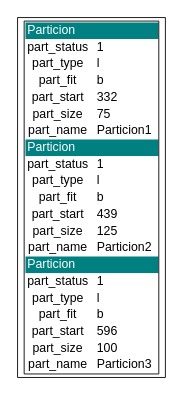
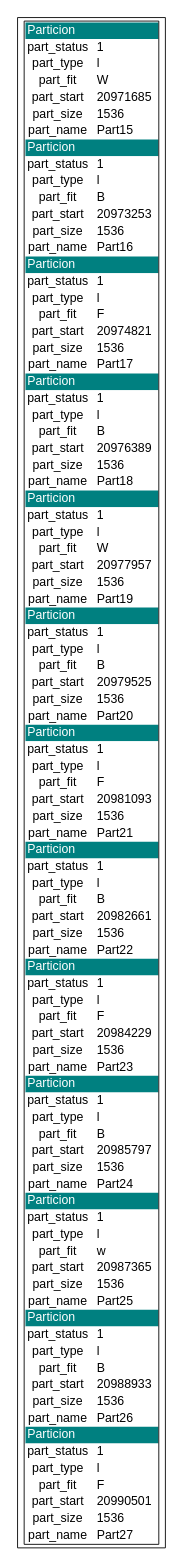
The diagram in reportes/reporte_ebr.dot (luis-tavico/MIA_2SP1_202000562), drawn with Graphviz before and after one commit. The commit also changed 50 other files, not shown here.

```diff
--- a/reportes/reporte_ebr.dot
+++ b/reportes/reporte_ebr.dot
@@ -16,19 +16,19 @@
         </tr>
         <tr>
             <td bgcolor="white" align="center"> part_fit </td>
-            <td bgcolor="white" align="left"> b </td>
+            <td bgcolor="white" align="left"> W </td>
         </tr>
         <tr>
             <td bgcolor="white" align="center"> part_start </td>
-            <td bgcolor="white" align="left"> 332 </td>
+            <td bgcolor="white" align="left"> 20971685 </td>
         </tr>
         <tr>
             <td bgcolor="white" align="center"> part_size </td>
-            <td bgcolor="white" align="left"> 75 </td>
+            <td bgcolor="white" align="left"> 1536 </td>
         </tr>
         <tr>
             <td bgcolor="white" align="center"> part_name </td>
-            <td bgcolor="white" align="left"> Particion1 </td>
+            <td bgcolor="white" align="left"> Part15 </td>
         </tr>
         <tr>
             <td bgcolor="teal" align="left"><font color="white"> Particion </font></td>
@@ -44,19 +44,19 @@
         </tr>
         <tr>
             <td bgcolor="white" align="center"> part_fit </td>
-            <td bgcolor="white" align="left"> b </td>
+            <td bgcolor="white" align="left"> B </td>
         </tr>
         <tr>
             <td bgcolor="white" align="center"> part_start </td>
-            <td bgcolor="white" align="left"> 439 </td>
+            <td bgcolor="white" align="left"> 20973253 </td>
         </tr>
         <tr>
             <td bgcolor="white" align="center"> part_size </td>
-            <td bgcolor="white" align="left"> 125 </td>
+            <td bgcolor="white" align="left"> 1536 </td>
         </tr>
         <tr>
             <td bgcolor="white" align="center"> part_name </td>
-            <td bgcolor="white" align="left"> Particion2 </td>
+            <td bgcolor="white" align="left"> Part16 </td>
         </tr>
         <tr>
             <td bgcolor="teal" align="left"><font color="white"> Particion </font></td>
@@ -72,19 +72,299 @@
         </tr>
         <tr>
             <td bgcolor="white" align="center"> part_fit </td>
-            <td bgcolor="white" align="left"> b </td>
+            <td bgcolor="white" align="left"> F </td>
         </tr>
         <tr>
             <td bgcolor="white" align="center"> part_start </td>
-            <td bgcolor="white" align="left"> 596 </td>
+            <td bgcolor="white" align="left"> 20974821 </td>
         </tr>
         <tr>
             <td bgcolor="white" align="center"> part_size </td>
-            <td bgcolor="white" align="left"> 100 </td>
+            <td bgcolor="white" align="left"> 1536 </td>
         </tr>
         <tr>
             <td bgcolor="white" align="center"> part_name </td>
-            <td bgcolor="white" align="left"> Particion3 </td>
+            <td bgcolor="white" align="left"> Part17 </td>
+        </tr>
+        <tr>
+            <td bgcolor="teal" align="left"><font color="white"> Particion </font></td>
+            <td bgcolor="teal" align="left"><font color="white"> </font></td>
+        </tr>
+        <tr>
+            <td bgcolor="white" align="center"> part_status </td>
+            <td bgcolor="white" align="left"> 1 </td>
+        </tr>
+        <tr>
+            <td bgcolor="white" align="center"> part_type </td>
+            <td bgcolor="white" align="left"> l </td>
+        </tr>
+        <tr>
+            <td bgcolor="white" align="center"> part_fit </td>
+            <td bgcolor="white" align="left"> B </td>
+        </tr>
+        <tr>
+            <td bgcolor="white" align="center"> part_start </td>
+            <td bgcolor="white" align="left"> 20976389 </td>
+        </tr>
+        <tr>
+            <td bgcolor="white" align="center"> part_size </td>
+            <td bgcolor="white" align="left"> 1536 </td>
+        </tr>
+        <tr>
+            <td bgcolor="white" align="center"> part_name </td>
+            <td bgcolor="white" align="left"> Part18 </td>
+        </tr>
+        <tr>
+            <td bgcolor="teal" align="left"><font color="white"> Particion </font></td>
+            <td bgcolor="teal" align="left"><font color="white"> </font></td>
+        </tr>
+        <tr>
+            <td bgcolor="white" align="center"> part_status </td>
+            <td bgcolor="white" align="left"> 1 </td>
+        </tr>
+        <tr>
+            <td bgcolor="white" align="center"> part_type </td>
+            <td bgcolor="white" align="left"> l </td>
+        </tr>
+        <tr>
+            <td bgcolor="white" align="center"> part_fit </td>
+            <td bgcolor="white" align="left"> W </td>
+        </tr>
+        <tr>
+            <td bgcolor="white" align="center"> part_start </td>
+            <td bgcolor="white" align="left"> 20977957 </td>
+        </tr>
+        <tr>
+            <td bgcolor="white" align="center"> part_size </td>
+            <td bgcolor="white" align="left"> 1536 </td>
+        </tr>
+        <tr>
+            <td bgcolor="white" align="center"> part_name </td>
+            <td bgcolor="white" align="left"> Part19 </td>
+        </tr>
+        <tr>
+            <td bgcolor="teal" align="left"><font color="white"> Particion </font></td>
+            <td bgcolor="teal" align="left"><font color="white"> </font></td>
+        </tr>
+        <tr>
+            <td bgcolor="white" align="center"> part_status </td>
+            <td bgcolor="white" align="left"> 1 </td>
+        </tr>
+        <tr>
+            <td bgcolor="white" align="center"> part_type </td>
+            <td bgcolor="white" align="left"> l </td>
+        </tr>
+        <tr>
+            <td bgcolor="white" align="center"> part_fit </td>
+            <td bgcolor="white" align="left"> B </td>
+        </tr>
+        <tr>
+            <td bgcolor="white" align="center"> part_start </td>
+            <td bgcolor="white" align="left"> 20979525 </td>
+        </tr>
+        <tr>
+            <td bgcolor="white" align="center"> part_size </td>
+            <td bgcolor="white" align="left"> 1536 </td>
+        </tr>
+        <tr>
+            <td bgcolor="white" align="center"> part_name </td>
+            <td bgcolor="white" align="left"> Part20 </td>
+        </tr>
+        <tr>
+            <td bgcolor="teal" align="left"><font color="white"> Particion </font></td>
+            <td bgcolor="teal" align="left"><font color="white"> </font></td>
+        </tr>
+        <tr>
+            <td bgcolor="white" align="center"> part_status </td>
+            <td bgcolor="white" align="left"> 1 </td>
+        </tr>
+        <tr>
+            <td bgcolor="white" align="center"> part_type </td>
+            <td bgcolor="white" align="left"> l </td>
+        </tr>
+        <tr>
+            <td bgcolor="white" align="center"> part_fit </td>
+            <td bgcolor="white" align="left"> F </td>
+        </tr>
+        <tr>
+            <td bgcolor="white" align="center"> part_start </td>
+            <td bgcolor="white" align="left"> 20981093 </td>
+        </tr>
+        <tr>
+            <td bgcolor="white" align="center"> part_size </td>
+            <td bgcolor="white" align="left"> 1536 </td>
+        </tr>
+        <tr>
+            <td bgcolor="white" align="center"> part_name </td>
+            <td bgcolor="white" align="left"> Part21 </td>
+        </tr>
+        <tr>
+            <td bgcolor="teal" align="left"><font color="white"> Particion </font></td>
+            <td bgcolor="teal" align="left"><font color="white"> </font></td>
+        </tr>
+        <tr>
+            <td bgcolor="white" align="center"> part_status </td>
+            <td bgcolor="white" align="left"> 1 </td>
+        </tr>
+        <tr>
+            <td bgcolor="white" align="center"> part_type </td>
+            <td bgcolor="white" align="left"> l </td>
+        </tr>
+        <tr>
+            <td bgcolor="white" align="center"> part_fit </td>
+            <td bgcolor="white" align="left"> B </td>
+        </tr>
+        <tr>
+            <td bgcolor="white" align="center"> part_start </td>
+            <td bgcolor="white" align="left"> 20982661 </td>
+        </tr>
+        <tr>
+            <td bgcolor="white" align="center"> part_size </td>
+            <td bgcolor="white" align="left"> 1536 </td>
+        </tr>
+        <tr>
+            <td bgcolor="white" align="center"> part_name </td>
+            <td bgcolor="white" align="left"> Part22 </td>
+        </tr>
+        <tr>
+            <td bgcolor="teal" align="left"><font color="white"> Particion </font></td>
+            <td bgcolor="teal" align="left"><font color="white"> </font></td>
+        </tr>
+        <tr>
+            <td bgcolor="white" align="center"> part_status </td>
+            <td bgcolor="white" align="left"> 1 </td>
+        </tr>
+        <tr>
+            <td bgcolor="white" align="center"> part_type </td>
+            <td bgcolor="white" align="left"> l </td>
+        </tr>
+        <tr>
+            <td bgcolor="white" align="center"> part_fit </td>
+            <td bgcolor="white" align="left"> F </td>
+        </tr>
+        <tr>
+            <td bgcolor="white" align="center"> part_start </td>
+            <td bgcolor="white" align="left"> 20984229 </td>
+        </tr>
+        <tr>
+            <td bgcolor="white" align="center"> part_size </td>
+            <td bgcolor="white" align="left"> 1536 </td>
+        </tr>
+        <tr>
+            <td bgcolor="white" align="center"> part_name </td>
+            <td bgcolor="white" align="left"> Part23 </td>
+        </tr>
+        <tr>
+            <td bgcolor="teal" align="left"><font color="white"> Particion </font></td>
+            <td bgcolor="teal" align="left"><font color="white"> </font></td>
+        </tr>
+        <tr>
+            <td bgcolor="white" align="center"> part_status </td>
+            <td bgcolor="white" align="left"> 1 </td>
+        </tr>
+        <tr>
+            <td bgcolor="white" align="center"> part_type </td>
+            <td bgcolor="white" align="left"> l </td>
+        </tr>
+        <tr>
+            <td bgcolor="white" align="center"> part_fit </td>
+            <td bgcolor="white" align="left"> B </td>
+        </tr>
+        <tr>
+            <td bgcolor="white" align="center"> part_start </td>
+            <td bgcolor="white" align="left"> 20985797 </td>
+        </tr>
+        <tr>
+            <td bgcolor="white" align="center"> part_size </td>
+            <td bgcolor="white" align="left"> 1536 </td>
+        </tr>
+        <tr>
+            <td bgcolor="white" align="center"> part_name </td>
+            <td bgcolor="white" align="left"> Part24 </td>
+        </tr>
+        <tr>
+            <td bgcolor="teal" align="left"><font color="white"> Particion </font></td>
+            <td bgcolor="teal" align="left"><font color="white"> </font></td>
+        </tr>
+        <tr>
+            <td bgcolor="white" align="center"> part_status </td>
+            <td bgcolor="white" align="left"> 1 </td>
+        </tr>
+        <tr>
+            <td bgcolor="white" align="center"> part_type </td>
+            <td bgcolor="white" align="left"> l </td>
+        </tr>
+        <tr>
+            <td bgcolor="white" align="center"> part_fit </td>
+            <td bgcolor="white" align="left"> w </td>
+        </tr>
+        <tr>
+            <td bgcolor="white" align="center"> part_start </td>
+            <td bgcolor="white" align="left"> 20987365 </td>
+        </tr>
+        <tr>
+            <td bgcolor="white" align="center"> part_size </td>
+            <td bgcolor="white" align="left"> 1536 </td>
+        </tr>
+        <tr>
+            <td bgcolor="white" align="center"> part_name </td>
+            <td bgcolor="white" align="left"> Part25 </td>
+        </tr>
+        <tr>
+            <td bgcolor="teal" align="left"><font color="white"> Particion </font></td>
+            <td bgcolor="teal" align="left"><font color="white"> </font></td>
+        </tr>
+        <tr>
+            <td bgcolor="white" align="center"> part_status </td>
+            <td bgcolor="white" align="left"> 1 </td>
+        </tr>
+        <tr>
+            <td bgcolor="white" align="center"> part_type </td>
+            <td bgcolor="white" align="left"> l </td>
+        </tr>
+        <tr>
+            <td bgcolor="white" align="center"> part_fit </td>
+            <td bgcolor="white" align="left"> B </td>
+        </tr>
+        <tr>
+            <td bgcolor="white" align="center"> part_start </td>
+            <td bgcolor="white" align="left"> 20988933 </td>
+        </tr>
+        <tr>
+            <td bgcolor="white" align="center"> part_size </td>
+            <td bgcolor="white" align="left"> 1536 </td>
+        </tr>
+        <tr>
+            <td bgcolor="white" align="center"> part_name </td>
+            <td bgcolor="white" align="left"> Part26 </td>
+        </tr>
+        <tr>
+            <td bgcolor="teal" align="left"><font color="white"> Particion </font></td>
+            <td bgcolor="teal" align="left"><font color="white"> </font></td>
+        </tr>
+        <tr>
+            <td bgcolor="white" align="center"> part_status </td>
+            <td bgcolor="white" align="left"> 1 </td>
+        </tr>
+        <tr>
+            <td bgcolor="white" align="center"> part_type </td>
+            <td bgcolor="white" align="left"> l </td>
+        </tr>
+        <tr>
+            <td bgcolor="white" align="center"> part_fit </td>
+            <td bgcolor="white" align="left"> F </td>
+        </tr>
+        <tr>
+            <td bgcolor="white" align="center"> part_start </td>
+            <td bgcolor="white" align="left"> 20990501 </td>
+        </tr>
+        <tr>
+            <td bgcolor="white" align="center"> part_size </td>
+            <td bgcolor="white" align="left"> 1536 </td>
+        </tr>
+        <tr>
+            <td bgcolor="white" align="center"> part_name </td>
+            <td bgcolor="white" align="left"> Part27 </td>
         </tr>
         </table>
     >];
```
